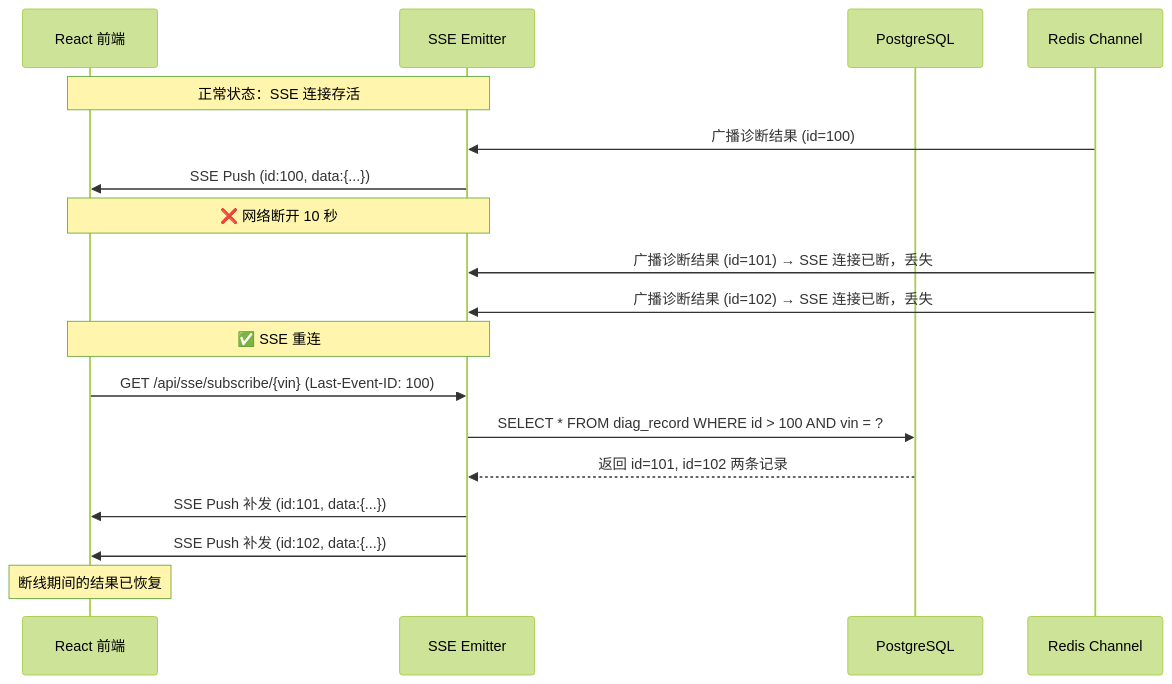
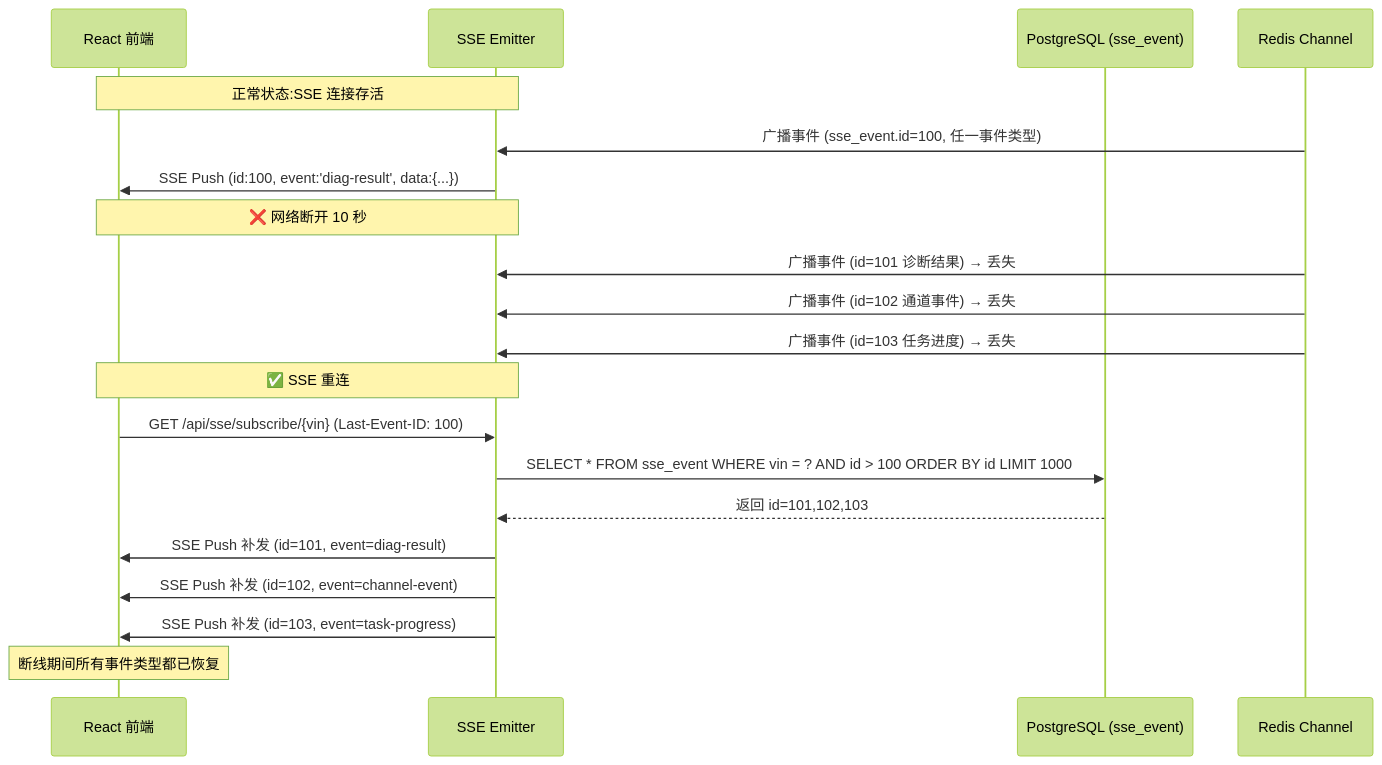
The third of 9 diagrams in doc/opendota_tech_architecture.md (YuMinami/OpenDOTA), drawn with Mermaid (forest theme) before and after one commit. The commit also changed other lines of this file and 4 other files, not shown here.

````diff
--- a/doc/opendota_tech_architecture.md
+++ b/doc/opendota_tech_architecture.md
@@ -192,23 +211,25 @@
 ```mermaid
 sequenceDiagram
     participant React as React 前端
     participant SSE as SSE Emitter
-    participant PG as PostgreSQL
+    participant PG as PostgreSQL (sse_event)
     participant Redis as Redis Channel
 
-    Note over React,SSE: 正常状态：SSE 连接存活
-    Redis->>SSE: 广播诊断结果 (id=100)
-    SSE->>React: SSE Push (id:100, data:{...})
+    Note over React,SSE: 正常状态:SSE 连接存活
+    Redis->>SSE: 广播事件 (sse_event.id=100, 任一事件类型)
+    SSE->>React: SSE Push (id:100, event:'diag-result', data:{...})
 
     Note over React,SSE: ❌ 网络断开 10 秒
-    Redis->>SSE: 广播诊断结果 (id=101) → SSE 连接已断，丢失
-    Redis->>SSE: 广播诊断结果 (id=102) → SSE 连接已断，丢失
+    Redis->>SSE: 广播事件 (id=101 诊断结果) → 丢失
+    Redis->>SSE: 广播事件 (id=102 通道事件) → 丢失
+    Redis->>SSE: 广播事件 (id=103 任务进度) → 丢失
 
     Note over React,SSE: ✅ SSE 重连
     React->>SSE: GET /api/sse/subscribe/{vin} (Last-Event-ID: 100)
-    SSE->>PG: SELECT * FROM diag_record WHERE id > 100 AND vin = ?
-    PG-->>SSE: 返回 id=101, id=102 两条记录
-    SSE->>React: SSE Push 补发 (id:101, data:{...})
-    SSE->>React: SSE Push 补发 (id:102, data:{...})
-    Note over React: 断线期间的结果已恢复
+    SSE->>PG: SELECT * FROM sse_event WHERE vin = ? AND id > 100 ORDER BY id LIMIT 1000
+    PG-->>SSE: 返回 id=101,102,103
+    SSE->>React: SSE Push 补发 (id=101, event=diag-result)
+    SSE->>React: SSE Push 补发 (id=102, event=channel-event)
+    SSE->>React: SSE Push 补发 (id=103, event=task-progress)
+    Note over React: 断线期间所有事件类型都已恢复
 ```
````
